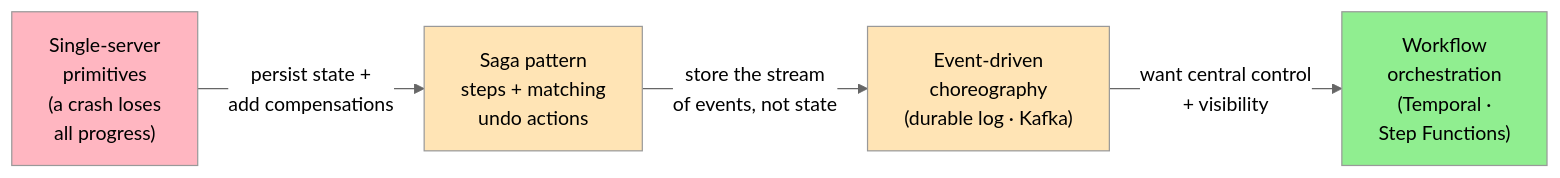
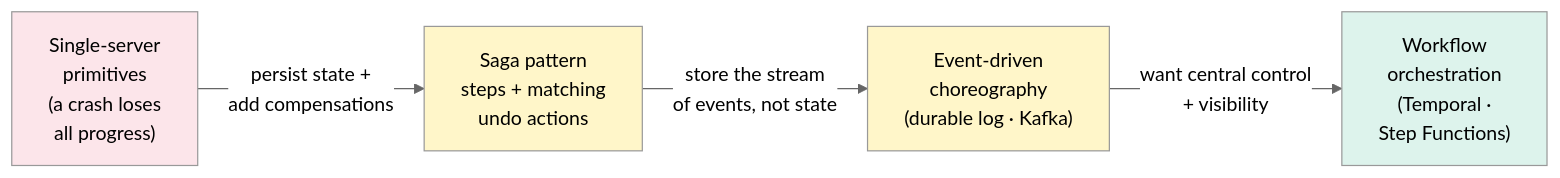
Before and after one commit to cartmancodes/InterviewVault: the diagram in LLD/SystemDesign/Patterns/Multi-StepProcesses.md, drawn with Mermaid (neutral theme). The commit also changed 679 other files, not shown here.

Commit message:
Unify content diagrams and add accessible visual walkthroughs

````diff
--- a/LLD/SystemDesign/Patterns/Multi-StepProcesses.md
+++ b/LLD/SystemDesign/Patterns/Multi-StepProcesses.md
@@ -54,11 +54,11 @@
 ```mermaid
 graph LR
     S["Single-server<br/>primitives<br/>(a crash loses<br/>all progress)"] -->|"persist state +<br/>add compensations"| SA["Saga pattern<br/>steps + matching<br/>undo actions"]
     SA -->|"store the stream<br/>of events, not state"| EC["Event-driven<br/>choreography<br/>(durable log · Kafka)"]
     EC -->|"want central control<br/>+ visibility"| WO["Workflow<br/>orchestration<br/>(Temporal ·<br/>Step Functions)"]
 
-    style S fill:#FFB6C1
-    style SA fill:#FFE4B5
-    style EC fill:#FFE4B5
-    style WO fill:#90EE90
+    style S fill:#FCE5EA
+    style SA fill:#FFF6C9
+    style EC fill:#FFF6C9
+    style WO fill:#DDF3EC
 ```
````
